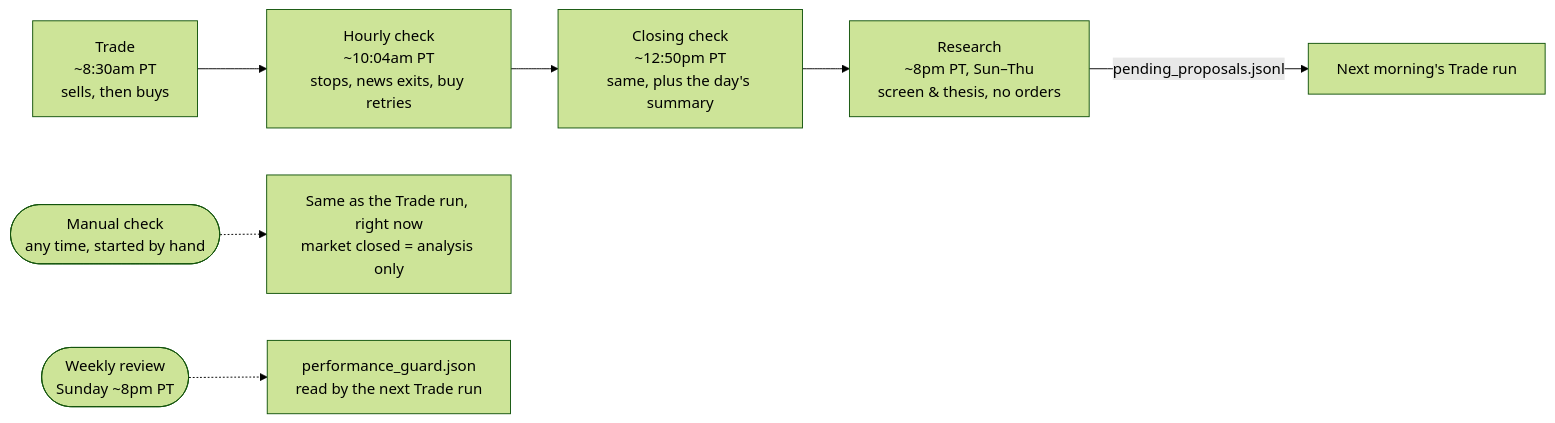
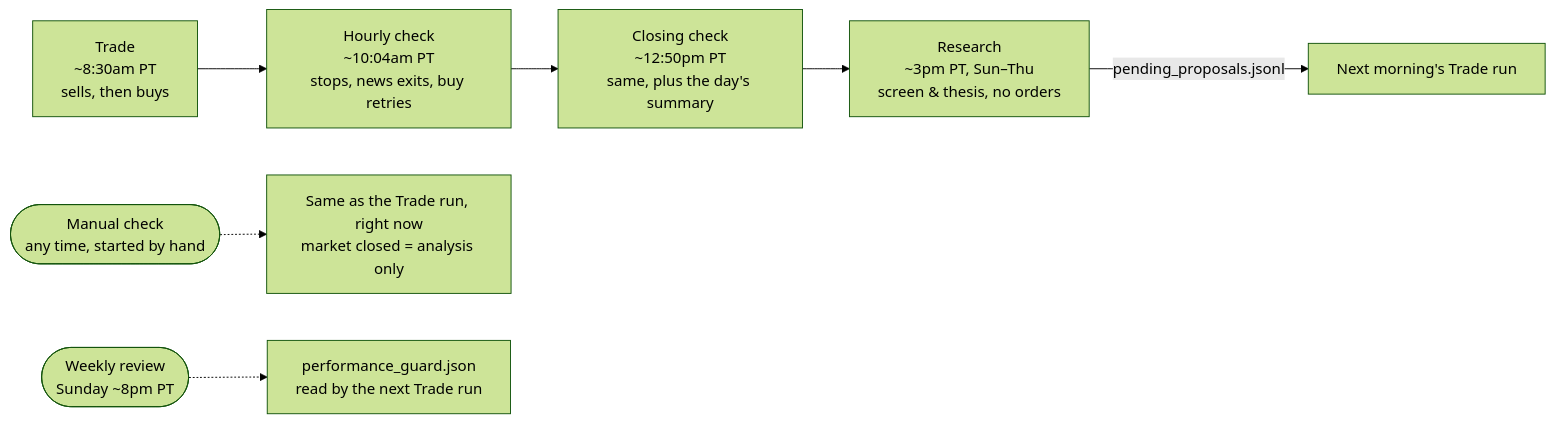
Before and after one commit to HarryXiong24/agentic-trader: the first of 3 diagrams in README.md, drawn with Mermaid (forest theme). The commit also changed other lines of this file and 5 other files, not shown here.

````diff
--- a/README.md
+++ b/README.md
@@ -156,9 +156,9 @@
 ```mermaid
 flowchart LR
     B["Trade<br/>~8:30am PT<br/>sells, then buys"] --> HC["Hourly check<br/>~10:04am PT<br/>stops, news exits, buy retries"]
     HC --> C["Closing check<br/>~12:50pm PT<br/>same, plus the day's summary"]
-    C --> A["Research<br/>~8pm PT, Sun–Thu<br/>screen & thesis, no orders"]
+    C --> A["Research<br/>~3pm PT, Sun–Thu<br/>screen & thesis, no orders"]
     A -- "pending_proposals.jsonl" --> B2["Next morning's Trade run"]
     H(["Manual check<br/>any time, started by hand"]) -.-> X["Same as the Trade run, right now<br/>market closed = analysis only"]
     W(["Weekly review<br/>Sunday ~8pm PT"]) -.-> G["performance_guard.json<br/>read by the next Trade run"]
 ```
````
